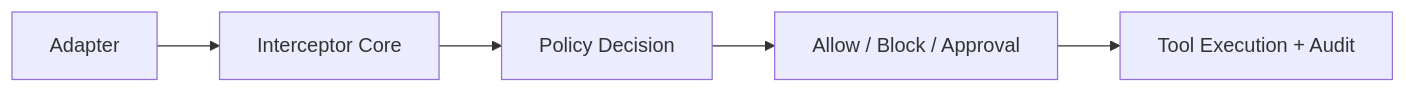
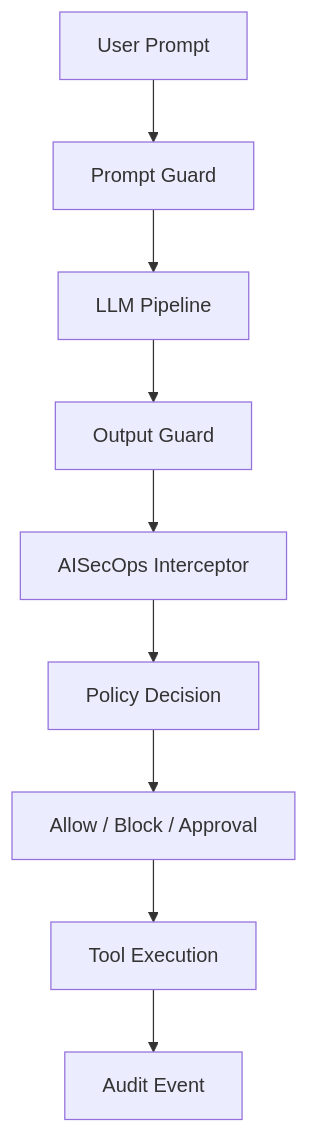
One commit to viplavfauzdar/aisecops-interceptor changed the fourth of 5 diagrams in README.md. Above: the diagram before and after it, drawn with Mermaid. The commit also changed other lines of this file and 25 other files, not shown here.

Commit message:
added llm and guard and tests

````diff
--- a/README.md
+++ b/README.md
@@ -146,7 +225,21 @@
 ```mermaid
-flowchart LR
-    A[Adapter] --> B[Interceptor Core]
-    B --> C[Policy Decision]
-    C --> D[Allow / Block / Approval]
-    D --> E[Tool Execution + Audit]
+flowchart TD
+
+A[User Prompt]
+
+A --> B[Prompt Guard]
+
+B --> C[LLM Pipeline]
+
+C --> D[Output Guard]
+
+D --> E[AISecOps Interceptor]
+
+E --> F[Policy Decision]
+
+F --> G[Allow / Block / Approval]
+
+G --> H[Tool Execution]
+
+H --> I[Audit Event]
 ```
````
